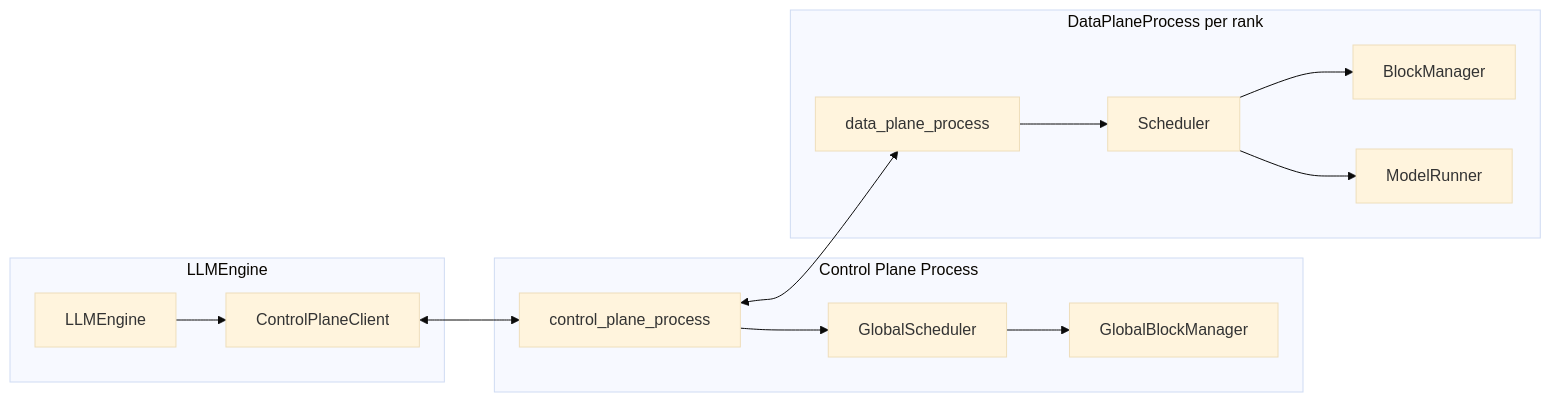
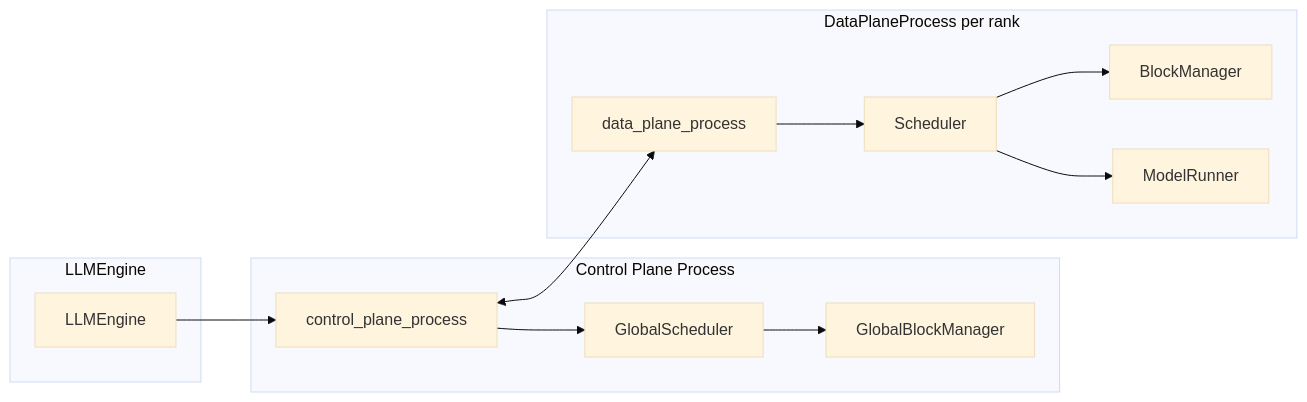
One commit to 0x0addc001/LMPool changed the second of 3 diagrams in notes/Note.md. Above: the diagram before and after it, drawn with Mermaid (base theme). The commit also changed 4 other files, not shown here.

````diff
--- a/notes/Note.md
+++ b/notes/Note.md
@@ -49,29 +49,27 @@
 ```mermaid
 flowchart LR
     subgraph Launcher["LLMEngine"]
         LE[LLMEngine]
-        CPC[ControlPlaneClient]
     end
 
     subgraph Control["Control Plane Process"]
         CP[control_plane_process]
         GS[GlobalScheduler]
         GBM[GlobalBlockManager]
     end
 
     subgraph Worker["DataPlaneProcess per rank"]
         DP[data_plane_process]
         S[Scheduler]
         BM[BlockManager]
         MR[ModelRunner]
     end
 
-    LE --> CPC
-    CPC <--> CP
+    LE --> CP
     CP --> GS
     GS --> GBM
     DP --> S
     S --> BM
     S --> MR
     CP <--> DP
 ```
````
